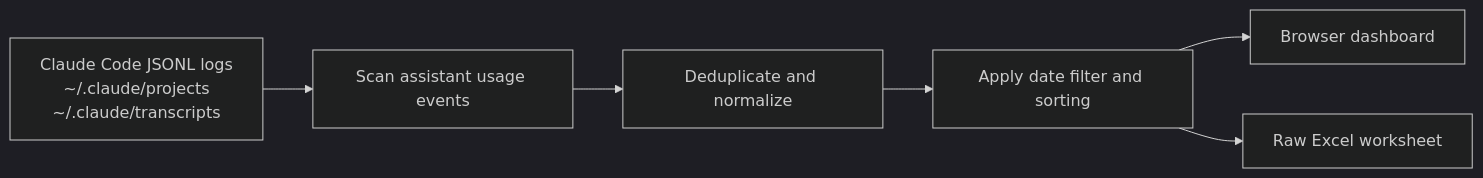
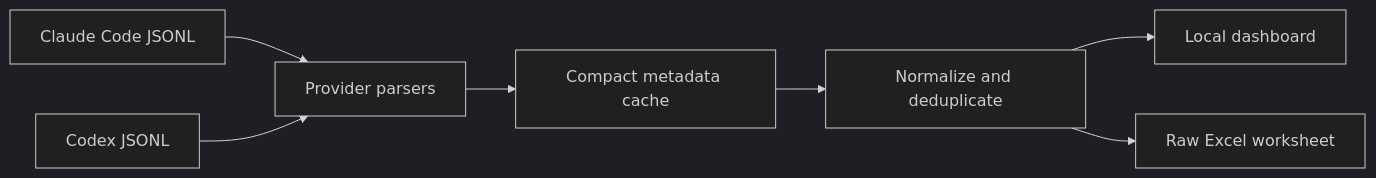
Before and after one commit to KimYeongHyeon/claude-codex-usage-export: the diagram in README.md, drawn with Mermaid (dark theme). The commit also changed other lines of this file and 14 other files, not shown here.

````diff
--- a/README.md
+++ b/README.md
@@ -76,8 +109,9 @@
 ```mermaid
 flowchart LR
-    A[Claude Code JSONL logs<br/>~/.claude/projects<br/>~/.claude/transcripts] --> B[Scan assistant usage events]
-    B --> C[Deduplicate and normalize]
-    C --> D[Apply date filter and sorting]
-    D --> E[Browser dashboard]
-    D --> F[Raw Excel worksheet]
+    A[Claude Code JSONL] --> C[Provider parsers]
+    B[Codex JSONL] --> C
+    C --> D[Compact metadata cache]
+    D --> E[Normalize and deduplicate]
+    E --> F[Local dashboard]
+    E --> G[Raw Excel worksheet]
 ```
````
